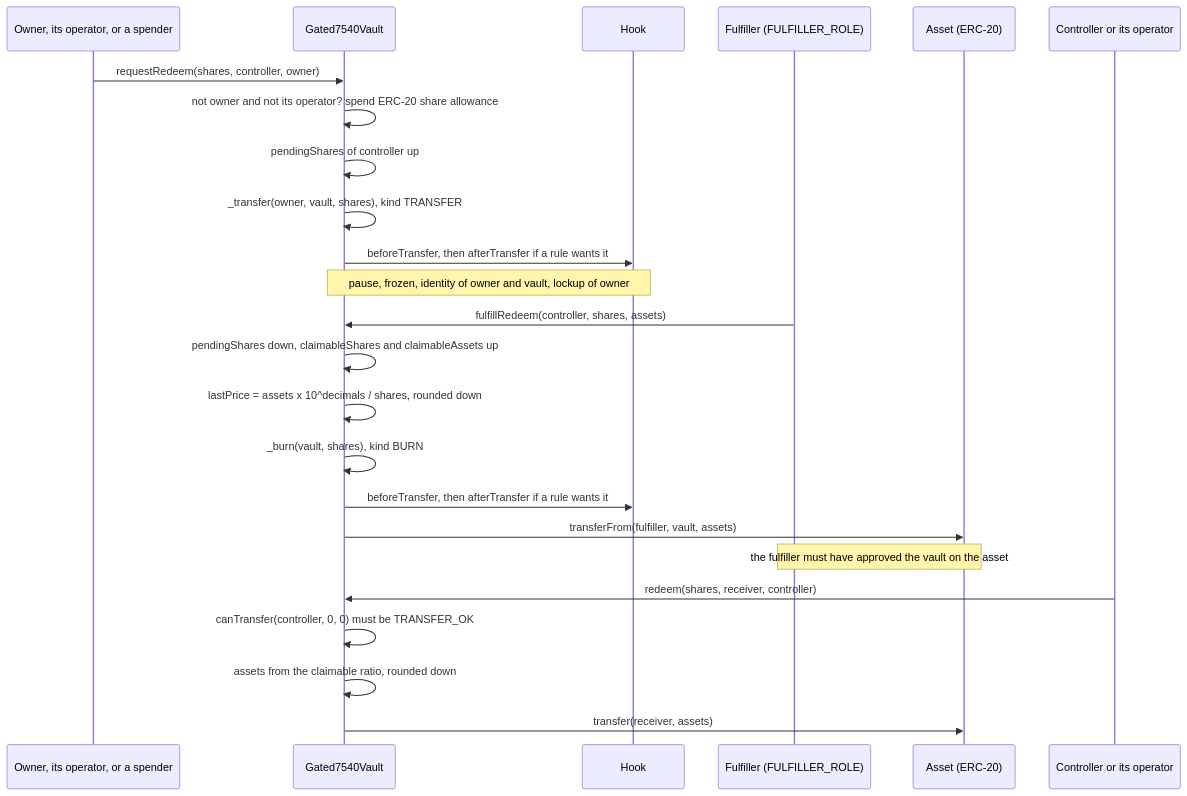
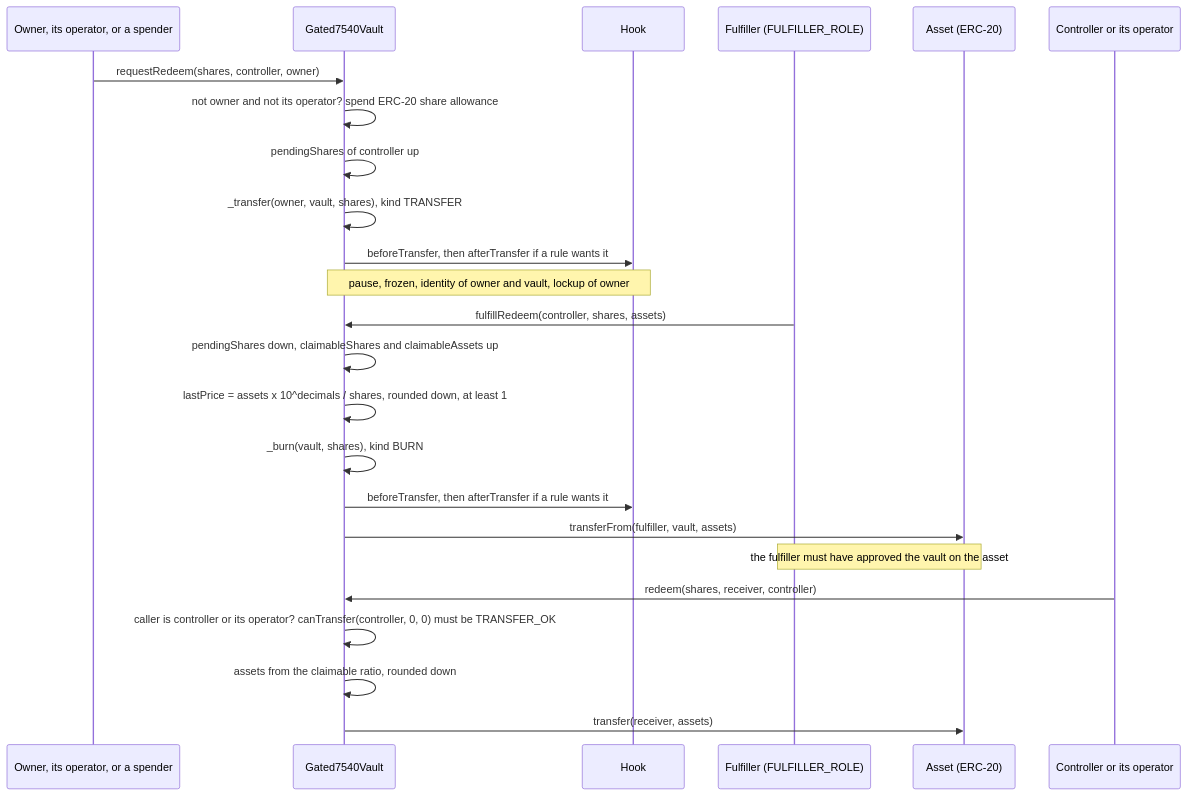
Before and after one commit to fepvenancio/rwa-token: the fourth of 6 diagrams in docs/flows-vaults.md, drawn with Mermaid. The commit also changed other lines of this file and 7 other files, not shown here.

````diff
--- a/docs/flows-vaults.md
+++ b/docs/flows-vaults.md
@@ -145,29 +145,29 @@
 ```mermaid
 sequenceDiagram
   participant O as Owner, its operator, or a spender
   participant V as Gated7540Vault
   participant H as Hook
   participant F as Fulfiller (FULFILLER_ROLE)
   participant A as Asset (ERC-20)
   participant K as Controller or its operator
 
   O->>V: requestRedeem(shares, controller, owner)
   V->>V: not owner and not its operator? spend ERC-20 share allowance
   V->>V: pendingShares of controller up
   V->>V: _transfer(owner, vault, shares), kind TRANSFER
   V->>H: beforeTransfer, then afterTransfer if a rule wants it
   Note over V,H: pause, frozen, identity of owner and vault, lockup of owner
 
   F->>V: fulfillRedeem(controller, shares, assets)
   V->>V: pendingShares down, claimableShares and claimableAssets up
-  V->>V: lastPrice = assets x 10^decimals / shares, rounded down
+  V->>V: lastPrice = assets x 10^decimals / shares, rounded down, at least 1
   V->>V: _burn(vault, shares), kind BURN
   V->>H: beforeTransfer, then afterTransfer if a rule wants it
   V->>A: transferFrom(fulfiller, vault, assets)
   Note over F,A: the fulfiller must have approved the vault on the asset
 
   K->>V: redeem(shares, receiver, controller)
-  V->>V: canTransfer(controller, 0, 0) must be TRANSFER_OK
+  V->>V: caller is controller or its operator? canTransfer(controller, 0, 0) must be TRANSFER_OK
   V->>V: assets from the claimable ratio, rounded down
   V->>A: transfer(receiver, assets)
 ```
````
